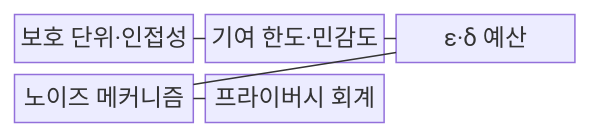
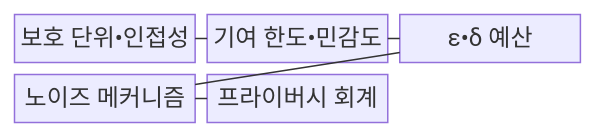
Before and after one commit to agnusdei1207/knowledge-base: the first of 2 diagrams in src/content/docs/notes/05-security/018_differential_privacy.md, drawn with Mermaid. The commit also changed other lines of this file and 953 other files, not shown here.

````diff
--- a/src/content/docs/notes/05-security/018_differential_privacy.md
+++ b/src/content/docs/notes/05-security/018_differential_privacy.md
@@ -74,13 +74,13 @@
 ```mermaid
 block-beta
     columns 3
-    A["보호 단위·인접성"]
-    B["기여 한도·민감도"]
-    C["ε·δ 예산"]
+    A["보호 단위•인접성"]
+    B["기여 한도•민감도"]
+    C["ε•δ 예산"]
     D["노이즈 메커니즘"]
     E["프라이버시 회계"]
     A --- B
     B --- C
     C --- D
     D --- E
 ```
````
